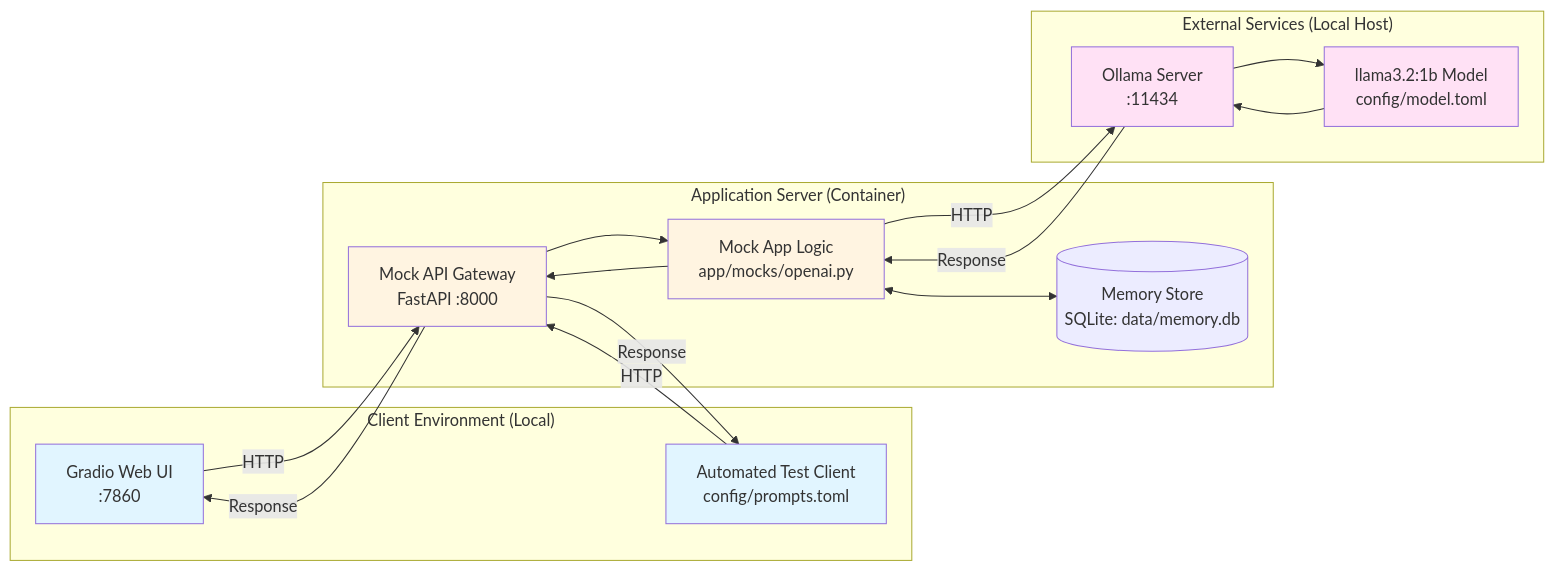
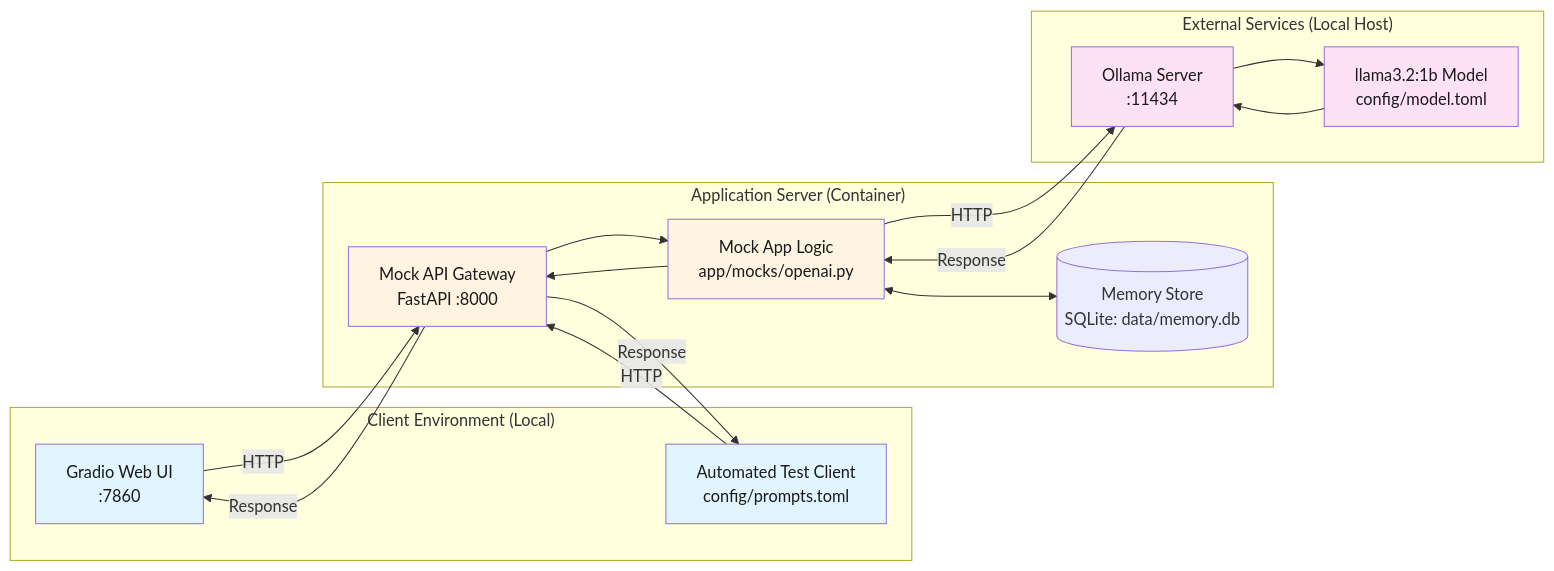
The second of 2 diagrams in sandboxes/llm_memory_local/README.md (GenAI-Security-Project/GenAI-Red-Team-Lab), drawn with Mermaid before and after one commit. The commit also changed other lines of this file and 2 other files, not shown here.

Commit message:
Fix Mermaid diagram contrast for dark mode; format imports
Add explicit dark text color to styled diagram nodes so labels are
readable on GitHub's dark theme, and shorten exploit diagram labels to
avoid text cutoff. Also apply isort import ordering to gradio_app.py.

````diff
--- a/sandboxes/llm_memory_local/README.md
+++ b/sandboxes/llm_memory_local/README.md
@@ -54,37 +54,37 @@
 ```mermaid
 graph LR
     subgraph "Client Environment (Local)"
         GradioUI[Gradio Web UI<br/>:7860]
         TestClient[Automated Test Client<br/>config/prompts.toml]
     end
     
     subgraph "Application Server (Container)"
         MockAPI[Mock API Gateway<br/>FastAPI :8000]
         MockLogic[Mock App Logic<br/>app/mocks/openai.py]
         Memory[(Memory Store<br/>SQLite: data/memory.db)]
     end
     
     subgraph "External Services (Local Host)"
         Ollama[Ollama Server<br/>:11434]
         Model[llama3.2:1b Model<br/>config/model.toml]
     end
     
     GradioUI -->|HTTP| MockAPI
     TestClient -->|HTTP| MockAPI
     MockAPI --> MockLogic
     MockLogic -->|HTTP| Ollama
     Ollama --> Model
     Model --> Ollama
     Ollama -->|Response| MockLogic
     MockLogic --> MockAPI
     MockAPI -->|Response| GradioUI
     MockAPI -->|Response| TestClient
     MockLogic <--> Memory
     
-    style GradioUI fill:#e1f5ff
-    style TestClient fill:#e1f5ff
-    style MockAPI fill:#fff4e1
-    style MockLogic fill:#fff4e1
-    style Ollama fill:#ffe1f5
-    style Model fill:#ffe1f5
+    style GradioUI fill:#e1f5ff,color:#1a1a1a
+    style TestClient fill:#e1f5ff,color:#1a1a1a
+    style MockAPI fill:#fff4e1,color:#1a1a1a
+    style MockLogic fill:#fff4e1,color:#1a1a1a
+    style Ollama fill:#ffe1f5,color:#1a1a1a
+    style Model fill:#ffe1f5,color:#1a1a1a
 ```
````
